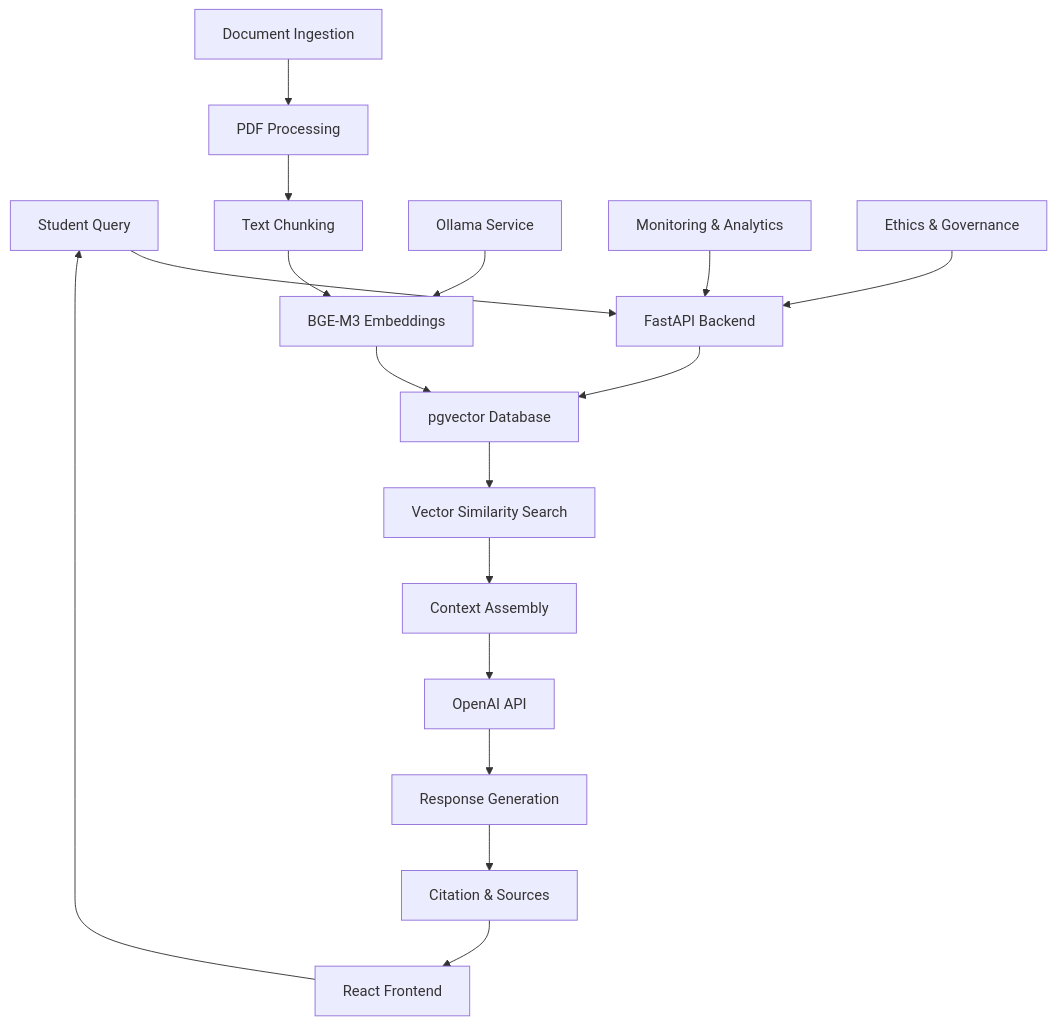
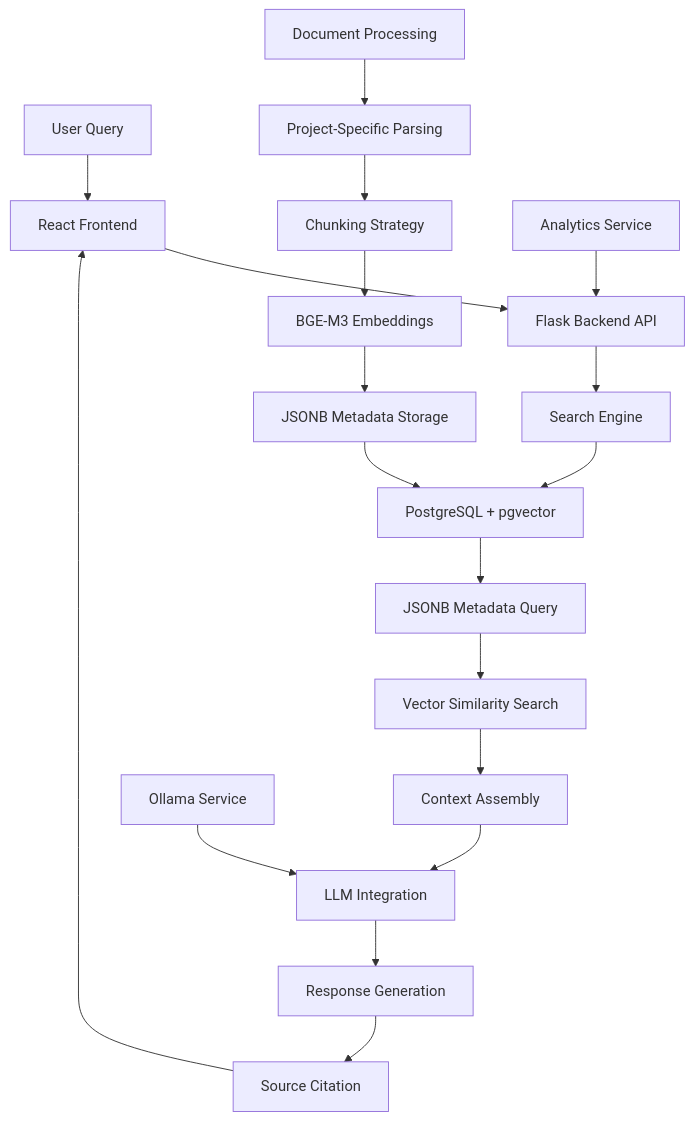
Before and after one commit to doingandlearning/rapid-and-responsible-ai-development: the diagram in section-10-capstone/slides.md, drawn with Mermaid. The commit also changed other lines of this file and 38 other files, not shown here.

````diff
--- a/section-10-capstone/slides.md
+++ b/section-10-capstone/slides.md
@@ -38,21 +43,23 @@
 ```mermaid
 graph TB
-    A[Student Query] --> B[FastAPI Backend]
-    B --> C[pgvector Database]
-    C --> D[Vector Similarity Search]
-    D --> E[Context Assembly]
-    E --> F[OpenAI API]
-    F --> G[Response Generation]
-    G --> H[Citation & Sources]
-    H --> I[React Frontend]
-    I --> A
-    
-    J[Document Ingestion] --> K[PDF Processing]
-    K --> L[Text Chunking]
-    L --> M[BGE-M3 Embeddings]
-    M --> C
-    
-    N[Ollama Service] --> M
-    O[Monitoring & Analytics] --> B
-    P[Ethics & Governance] --> B
+    A[User Query] --> B[React Frontend]
+    B --> C[Flask Backend API]
+    C --> D[Search Engine]
+    D --> E[PostgreSQL + pgvector]
+    E --> F[JSONB Metadata Query]
+    F --> G[Vector Similarity Search]
+    G --> H[Context Assembly]
+    H --> I[LLM Integration]
+    I --> J[Response Generation]
+    J --> K[Source Citation]
+    K --> B
+
+    L[Document Processing] --> M[Project-Specific Parsing]
+    M --> N[Chunking Strategy]
+    N --> O[BGE-M3 Embeddings]
+    O --> P[JSONB Metadata Storage]
+    P --> E
+
+    Q[Analytics Service] --> C
+    R[Ollama Service] --> I
 ```
````
